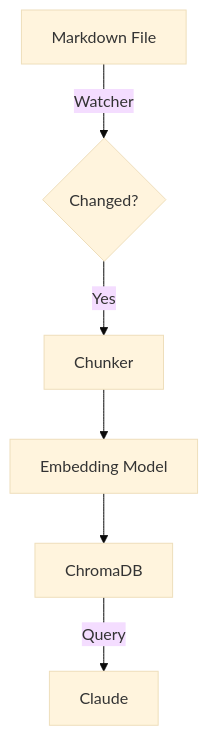
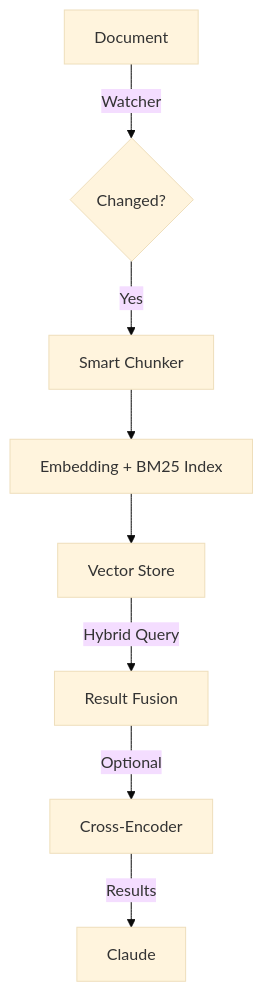
The second of 2 diagrams in shared/marketing/article-2-skills-deep-dive.md (gsannikov/Exocortex), drawn with Mermaid (base theme) before and after one commit. The commit also changed other lines of this file and 2 other files, not shown here.

First line of the commit message:
docs(local-rag): update architecture for hybrid search capabilities

````diff
--- a/shared/marketing/article-2-skills-deep-dive.md
+++ b/shared/marketing/article-2-skills-deep-dive.md
@@ -78,8 +80,10 @@
 ```mermaid
 graph TD
-    File[Markdown File] -->|Watcher| Change{Changed?}
-    Change -- Yes --> Chunk[Chunker]
-    Chunk --> Embed[Embedding Model]
-    Embed --> Vector[ChromaDB]
-    Vector -->|Query| Claude
+    File[Document] -->|Watcher| Change{Changed?}
+    Change -- Yes --> Chunk[Smart Chunker]
+    Chunk --> Embed[Embedding + BM25 Index]
+    Embed --> Vector[Vector Store]
+    Vector -->|Hybrid Query| Fusion[Result Fusion]
+    Fusion -->|Optional| Rerank[Cross-Encoder]
+    Rerank -->|Results| Claude
 ```
````
